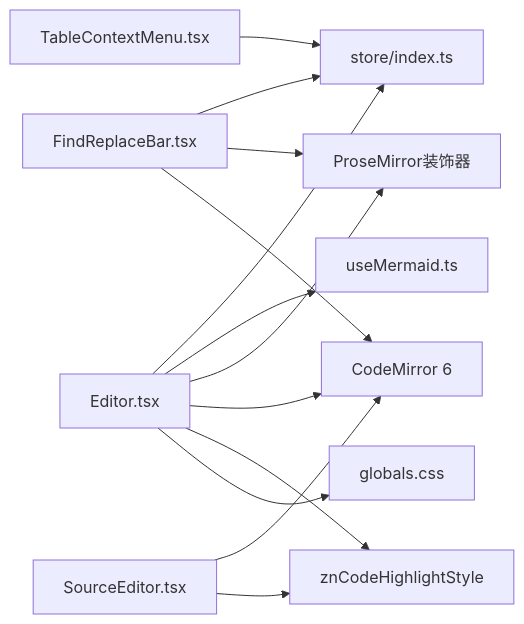
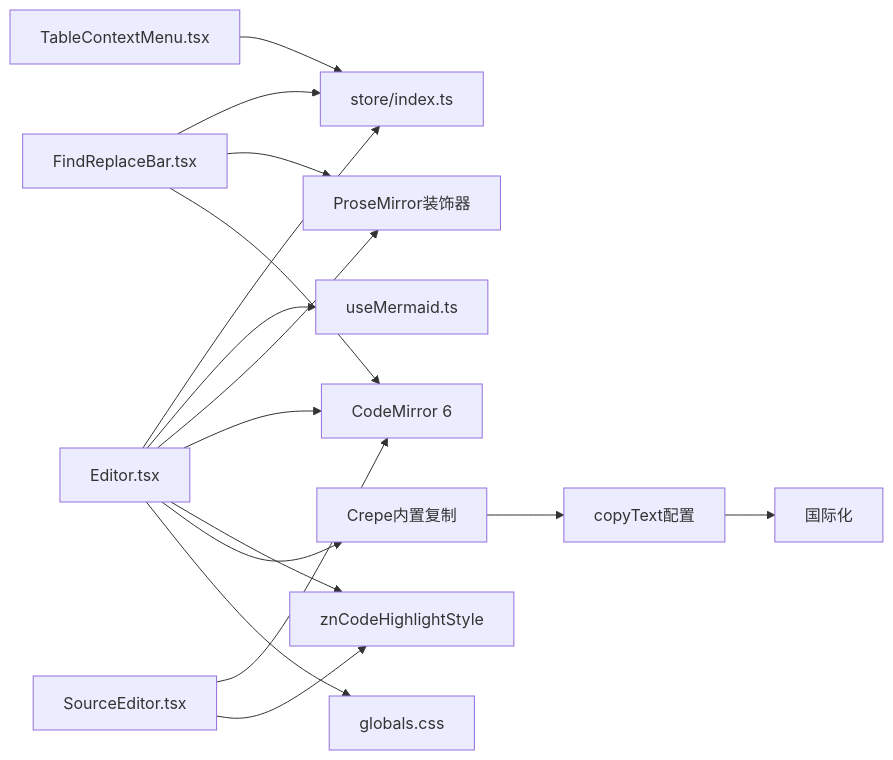
One commit to gongshiyun/ZenNote changed the eighth of 8 diagrams in .qoder/repowiki/zh/content/核心组件/编辑器组件.md. Above: the diagram before and after it, drawn with Mermaid. The commit also changed other lines of this file and 71 other files, not shown here.

Commit message:
feat: 发布 v0.8.10 — 表格交互重做(单元格拖拽多选+右键菜单行/列/整表操作，移除合并/拆分/切换表头)、表格多选在右键菜单期间稳定保持、图片点击缩放查看(Mermaid放大浮层)、界面图标整体放大一档；同步清理对应孤儿代码与测试

````diff
--- a/.qoder/repowiki/zh/content/核心组件/编辑器组件.md
+++ b/.qoder/repowiki/zh/content/核心组件/编辑器组件.md
@@ -402,15 +426,18 @@
 ```mermaid
 graph LR
 E["Editor.tsx"] --> S["store/index.ts"]
 E --> M["useMermaid.ts"]
 E --> PM["ProseMirror装饰器"]
 E --> CM["CodeMirror 6"]
 E --> CH["znCodeHighlightStyle"]
+E --> CC["Crepe内置复制"]
+CC --> CT["copyText配置"]
+CT --> I18N["国际化"]
 F["FindReplaceBar.tsx"] --> S
 F --> PM
 F --> CM
 SE["SourceEditor.tsx"] --> CM
 SE --> CH
 T["TableContextMenu.tsx"] --> S
 E --> C["globals.css"]
 ```
````
